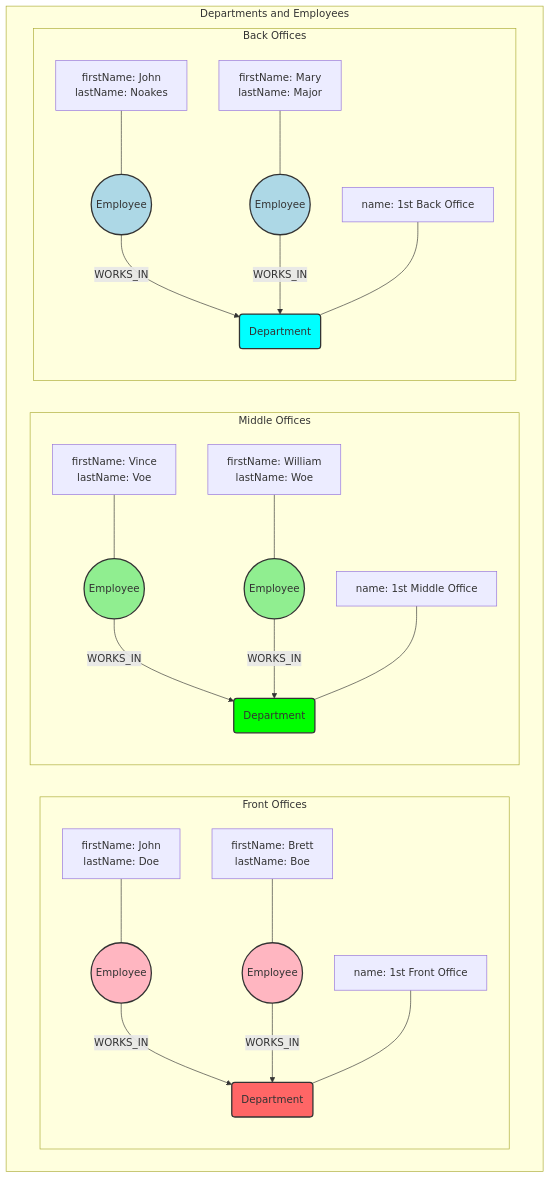
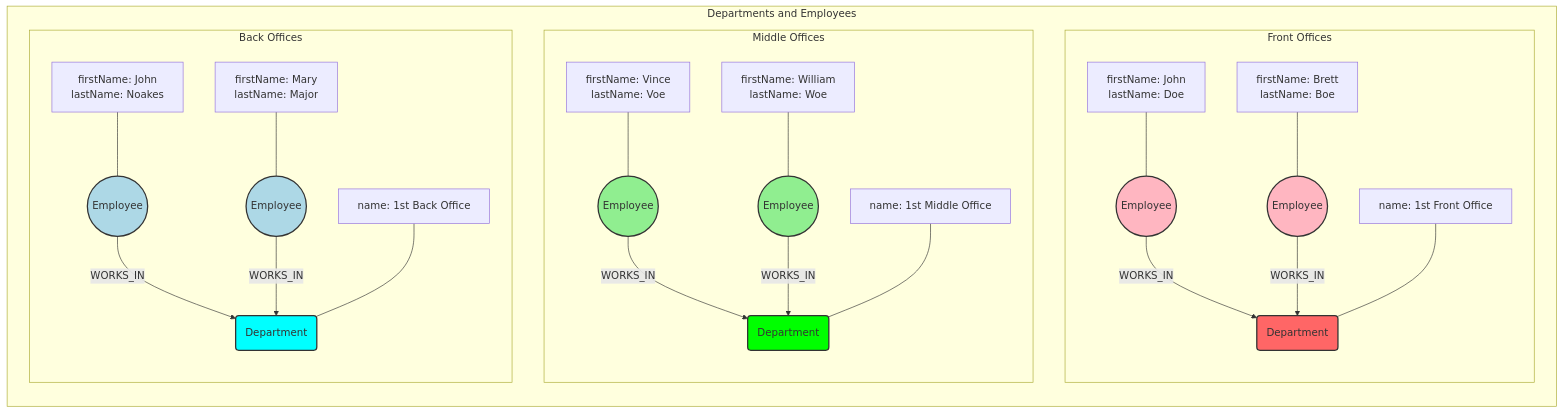
Before and after one commit to k1729p/Study28: the diagram in docs/mermaid/flowchartNeo4jGraph.md, drawn with Mermaid.

````diff
--- a/docs/mermaid/flowchartNeo4jGraph.md
+++ b/docs/mermaid/flowchartNeo4jGraph.md
@@ -3,52 +3,52 @@
 ```mermaid
 flowchart
 %% Node Definitions
     D1(Department)
     D2(Department)
     D3(Department)
     E11((Employee))
     E12((Employee))
     E21((Employee))
     E22((Employee))
     E31((Employee))
     E32((Employee))
 %% Node Relationships
     E11 -- WORKS_IN --> D1
     E12 -- WORKS_IN --> D1
     E21 -- WORKS_IN --> D2
     E22 -- WORKS_IN --> D2
     E31 -- WORKS_IN --> D3
     E32 -- WORKS_IN --> D3
 %% Node Subgraphs    
     subgraph Departments and Employees
-        direction LR
+        direction TB
         subgraph Front Offices
             direction TB
             dep01[name: 1st Front Office] --- D1
             emp11[firstName: John\n lastName: Doe] --- E11
             emp12[firstName: Brett\n lastName: Boe] --- E12
         end
         subgraph Middle Offices
             direction TB
             dep02[name: 1st Middle Office] --- D2
             emp21[firstName: Vince\n lastName: Voe] --- E21
             emp22[firstName: William\n lastName: Woe] --- E22
         end
         subgraph Back Offices
             direction TB
             dep03[name: 1st Back Office] --- D3
             emp31[firstName: John\n lastName: Noakes] --- E31
             emp32[firstName: Mary\n lastName: Major] --- E32
         end
     end
 %% Styling
     style E11 fill: lightpink, stroke: #333, stroke-width: 2px
     style E12 fill: lightpink, stroke: #333, stroke-width: 2px
     style E21 fill: lightgreen, stroke: #333, stroke-width: 2px
     style E22 fill: lightgreen, stroke: #333, stroke-width: 2px
     style E31 fill: lightblue, stroke: #333, stroke-width: 2px
     style E32 fill: lightblue, stroke: #333, stroke-width: 2px
     style D1 fill: #ff6666, stroke: #333, stroke-width: 2px
     style D2 fill: #00ff00, stroke: #333, stroke-width: 2px
     style D3 fill: cyan, stroke: #333, stroke-width: 2px
 ```
````
